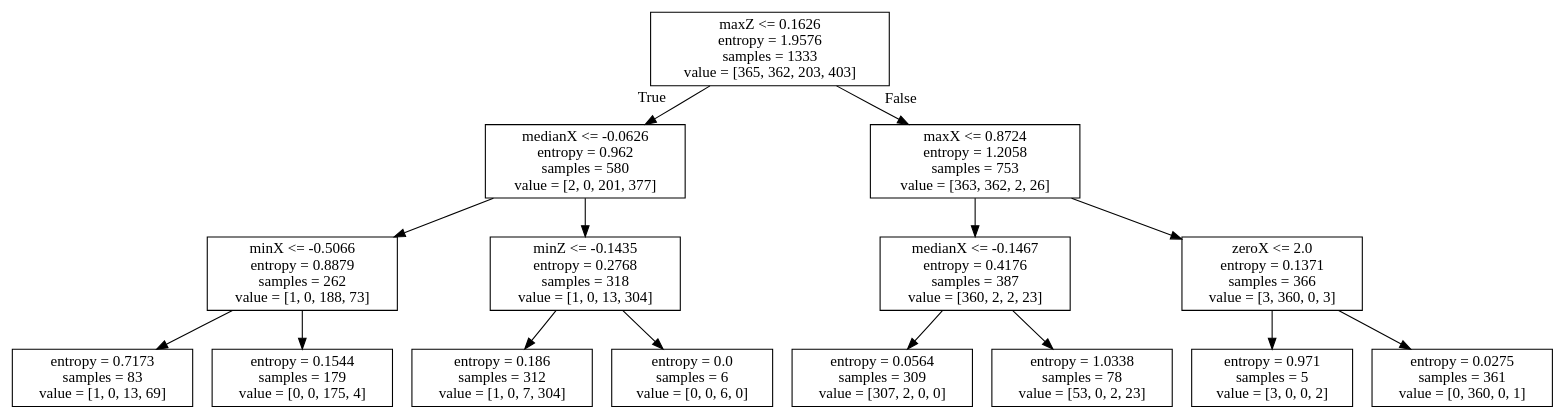
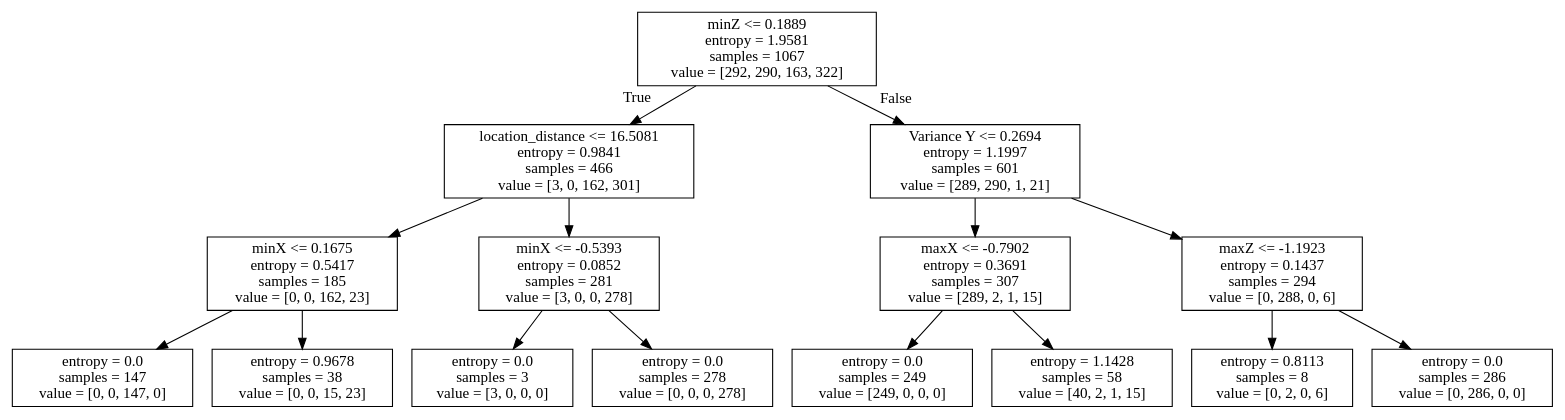
One commit to juconghe/FinalProject changed the diagram in tree.dot. Above: the diagram before and after it, drawn with Graphviz. The commit also changed 6 other files, not shown here.

```diff
--- a/tree.dot
+++ b/tree.dot
@@ -1,32 +1,32 @@
 digraph Tree {
 node [shape=box] ;
-0 [label="maxZ <= 0.1626\nentropy = 1.9576\nsamples = 1333\nvalue = [365, 362, 203, 403]"] ;
-1 [label="medianX <= -0.0626\nentropy = 0.962\nsamples = 580\nvalue = [2, 0, 201, 377]"] ;
+0 [label="minZ <= 0.1889\nentropy = 1.9581\nsamples = 1067\nvalue = [292, 290, 163, 322]"] ;
+1 [label="location_distance <= 16.5081\nentropy = 0.9841\nsamples = 466\nvalue = [3, 0, 162, 301]"] ;
 0 -> 1 [labeldistance=2.5, labelangle=45, headlabel="True"] ;
-2 [label="minX <= -0.5066\nentropy = 0.8879\nsamples = 262\nvalue = [1, 0, 188, 73]"] ;
+2 [label="minX <= 0.1675\nentropy = 0.5417\nsamples = 185\nvalue = [0, 0, 162, 23]"] ;
 1 -> 2 ;
-3 [label="entropy = 0.7173\nsamples = 83\nvalue = [1, 0, 13, 69]"] ;
+3 [label="entropy = 0.0\nsamples = 147\nvalue = [0, 0, 147, 0]"] ;
 2 -> 3 ;
-4 [label="entropy = 0.1544\nsamples = 179\nvalue = [0, 0, 175, 4]"] ;
+4 [label="entropy = 0.9678\nsamples = 38\nvalue = [0, 0, 15, 23]"] ;
 2 -> 4 ;
-5 [label="minZ <= -0.1435\nentropy = 0.2768\nsamples = 318\nvalue = [1, 0, 13, 304]"] ;
+5 [label="minX <= -0.5393\nentropy = 0.0852\nsamples = 281\nvalue = [3, 0, 0, 278]"] ;
 1 -> 5 ;
-6 [label="entropy = 0.186\nsamples = 312\nvalue = [1, 0, 7, 304]"] ;
+6 [label="entropy = 0.0\nsamples = 3\nvalue = [3, 0, 0, 0]"] ;
 5 -> 6 ;
-7 [label="entropy = 0.0\nsamples = 6\nvalue = [0, 0, 6, 0]"] ;
+7 [label="entropy = 0.0\nsamples = 278\nvalue = [0, 0, 0, 278]"] ;
 5 -> 7 ;
-8 [label="maxX <= 0.8724\nentropy = 1.2058\nsamples = 753\nvalue = [363, 362, 2, 26]"] ;
+8 [label="Variance Y <= 0.2694\nentropy = 1.1997\nsamples = 601\nvalue = [289, 290, 1, 21]"] ;
 0 -> 8 [labeldistance=2.5, labelangle=-45, headlabel="False"] ;
-9 [label="medianX <= -0.1467\nentropy = 0.4176\nsamples = 387\nvalue = [360, 2, 2, 23]"] ;
+9 [label="maxX <= -0.7902\nentropy = 0.3691\nsamples = 307\nvalue = [289, 2, 1, 15]"] ;
 8 -> 9 ;
-10 [label="entropy = 0.0564\nsamples = 309\nvalue = [307, 2, 0, 0]"] ;
+10 [label="entropy = 0.0\nsamples = 249\nvalue = [249, 0, 0, 0]"] ;
 9 -> 10 ;
-11 [label="entropy = 1.0338\nsamples = 78\nvalue = [53, 0, 2, 23]"] ;
+11 [label="entropy = 1.1428\nsamples = 58\nvalue = [40, 2, 1, 15]"] ;
 9 -> 11 ;
-12 [label="zeroX <= 2.0\nentropy = 0.1371\nsamples = 366\nvalue = [3, 360, 0, 3]"] ;
+12 [label="maxZ <= -1.1923\nentropy = 0.1437\nsamples = 294\nvalue = [0, 288, 0, 6]"] ;
 8 -> 12 ;
-13 [label="entropy = 0.971\nsamples = 5\nvalue = [3, 0, 0, 2]"] ;
+13 [label="entropy = 0.8113\nsamples = 8\nvalue = [0, 2, 0, 6]"] ;
 12 -> 13 ;
-14 [label="entropy = 0.0275\nsamples = 361\nvalue = [0, 360, 0, 1]"] ;
+14 [label="entropy = 0.0\nsamples = 286\nvalue = [0, 286, 0, 0]"] ;
 12 -> 14 ;
 }
```
